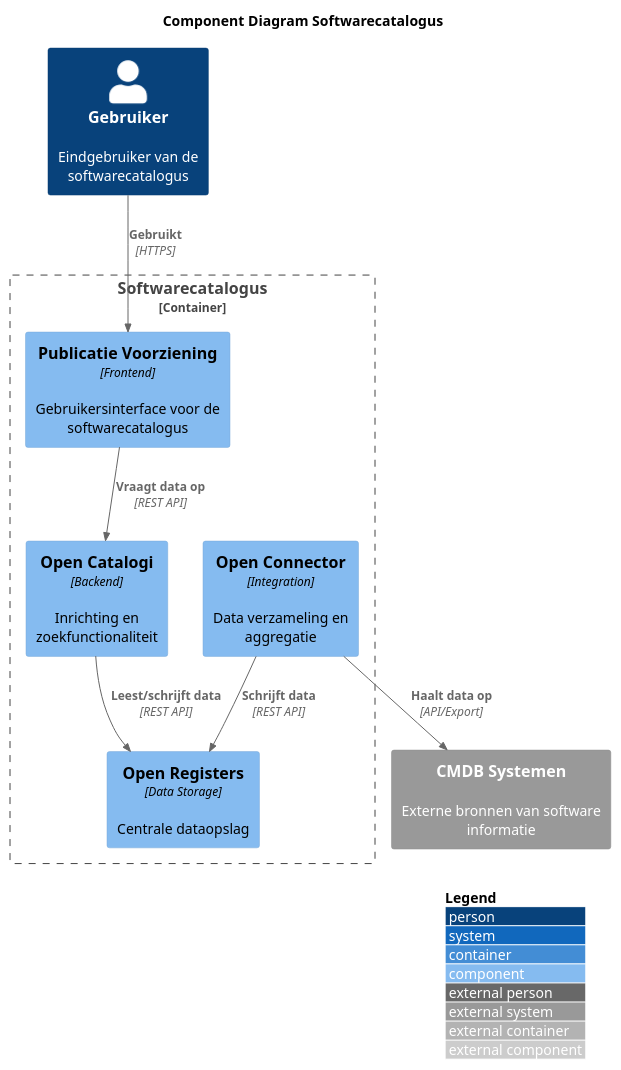
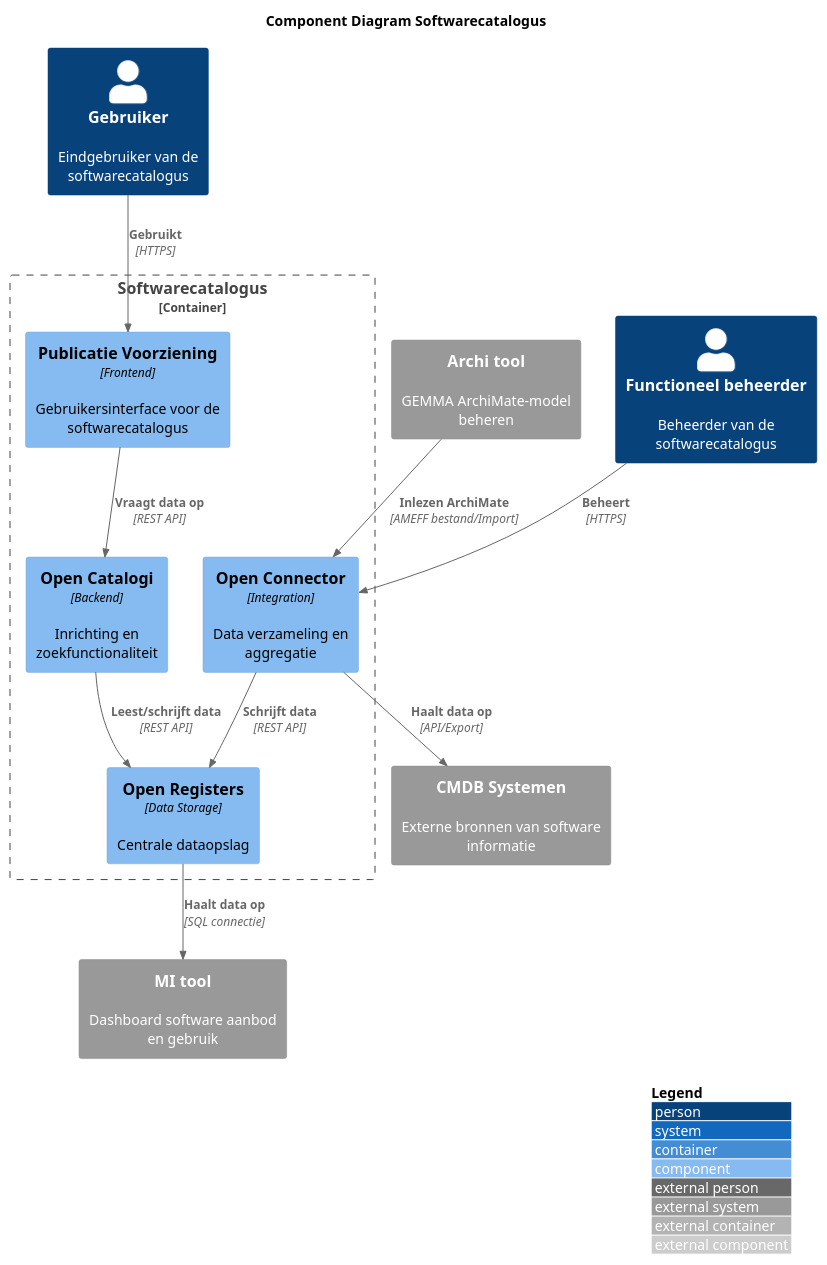
One commit to VNG-Realisatie/Softwarecatalogus changed the diagram in docs/diagrams/components.puml. Above: the diagram before and after it, drawn with PlantUML.

Commit message:
update: Archi- en MI-tool toegevoegd

```diff
--- a/docs/diagrams/components.puml
+++ b/docs/diagrams/components.puml
@@ -1,24 +1,30 @@
 @startuml
 !include <C4/C4_Component>
 
 LAYOUT_WITH_LEGEND()
 
 title Component Diagram Softwarecatalogus
 
 Container_Boundary(softwarecatalogus, "Softwarecatalogus") {
     Component(pv, "Publicatie Voorziening", "Frontend", "Gebruikersinterface voor de softwarecatalogus")
     Component(oc, "Open Catalogi", "Backend", "Inrichting en zoekfunctionaliteit")
     Component(or, "Open Registers", "Data Storage", "Centrale dataopslag")
     Component(connector, "Open Connector", "Integration", "Data verzameling en aggregatie")
 }
 
 System_Ext(cmdb, "CMDB Systemen", "Externe bronnen van software informatie")
+System_Ext(archi, "Archi tool", "GEMMA ArchiMate-model beheren")
+System_Ext(mi, "MI tool", "Dashboard software aanbod en gebruik")
 Person(user, "Gebruiker", "Eindgebruiker van de softwarecatalogus")
+Person(fb, "Functioneel beheerder", "Beheerder van de softwarecatalogus")
 
 Rel(user, pv, "Gebruikt", "HTTPS")
+Rel(fb, connector, "Beheert", "HTTPS")
 Rel(pv, oc, "Vraagt data op", "REST API")
 Rel(oc, or, "Leest/schrijft data", "REST API")
 Rel(connector, cmdb, "Haalt data op", "API/Export")
+Rel(archi, connector, "Inlezen ArchiMate", "AMEFF bestand/Import")
 Rel(connector, or, "Schrijft data", "REST API")
+Rel(or, mi, "Haalt data op", "SQL connectie")
 
 @enduml 
```
